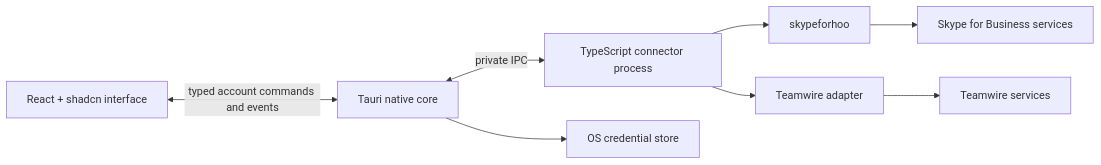
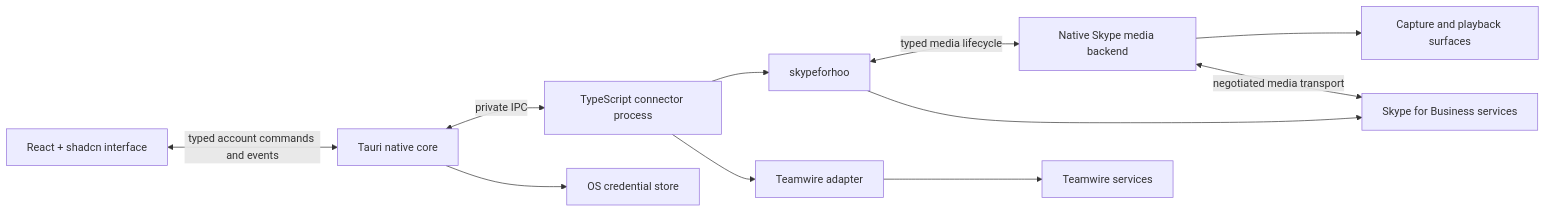
The diagram in docs/desktop-app.md (openhoo/skypeforhoo), drawn with Mermaid before and after one commit. The commit also changed other lines of this file and 17 other files, not shown here.

Commit message:
feat: add media signaling and native backend lifecycle

````diff
--- a/docs/desktop-app.md
+++ b/docs/desktop-app.md
@@ -79,10 +79,13 @@
 ```mermaid
 flowchart LR
   UI[React + shadcn interface] <-->|typed account commands and events| Native[Tauri native core]
   Native <-->|private IPC| Connectors[TypeScript connector process]
   Connectors --> Skype[skypeforhoo]
   Connectors --> Teamwire[Teamwire adapter]
   Native --> Vault[OS credential store]
+  Skype <-->|typed media lifecycle| Media[Native Skype media backend]
+  Media --> Capture[Capture and playback surfaces]
   Skype --> SFB[Skype for Business services]
+  Media <-->|negotiated media transport| SFB
   Teamwire --> TW[Teamwire services]
 ```
````
